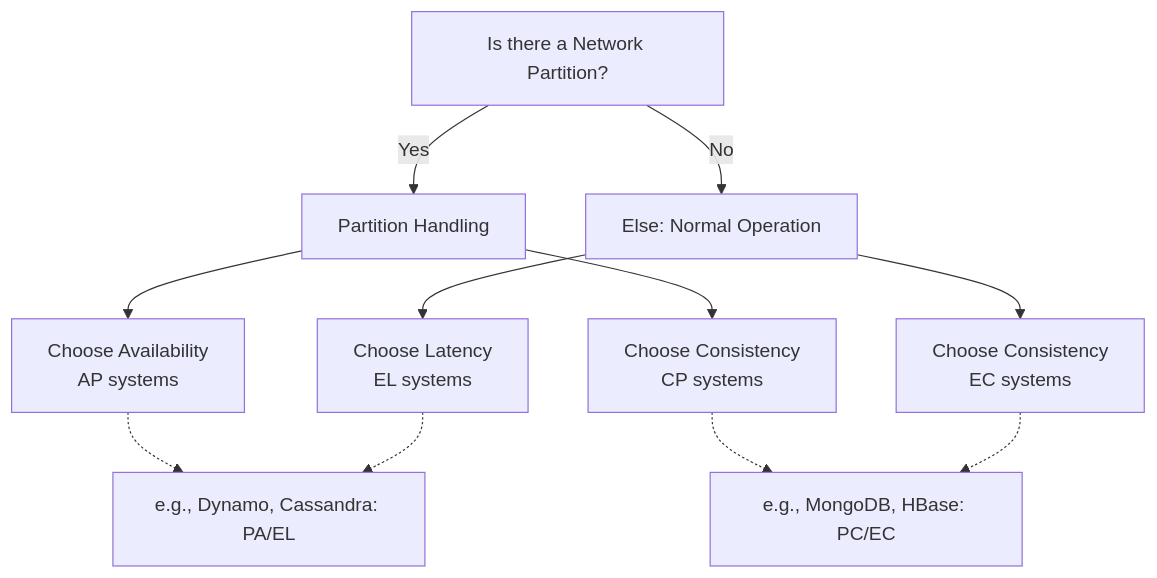
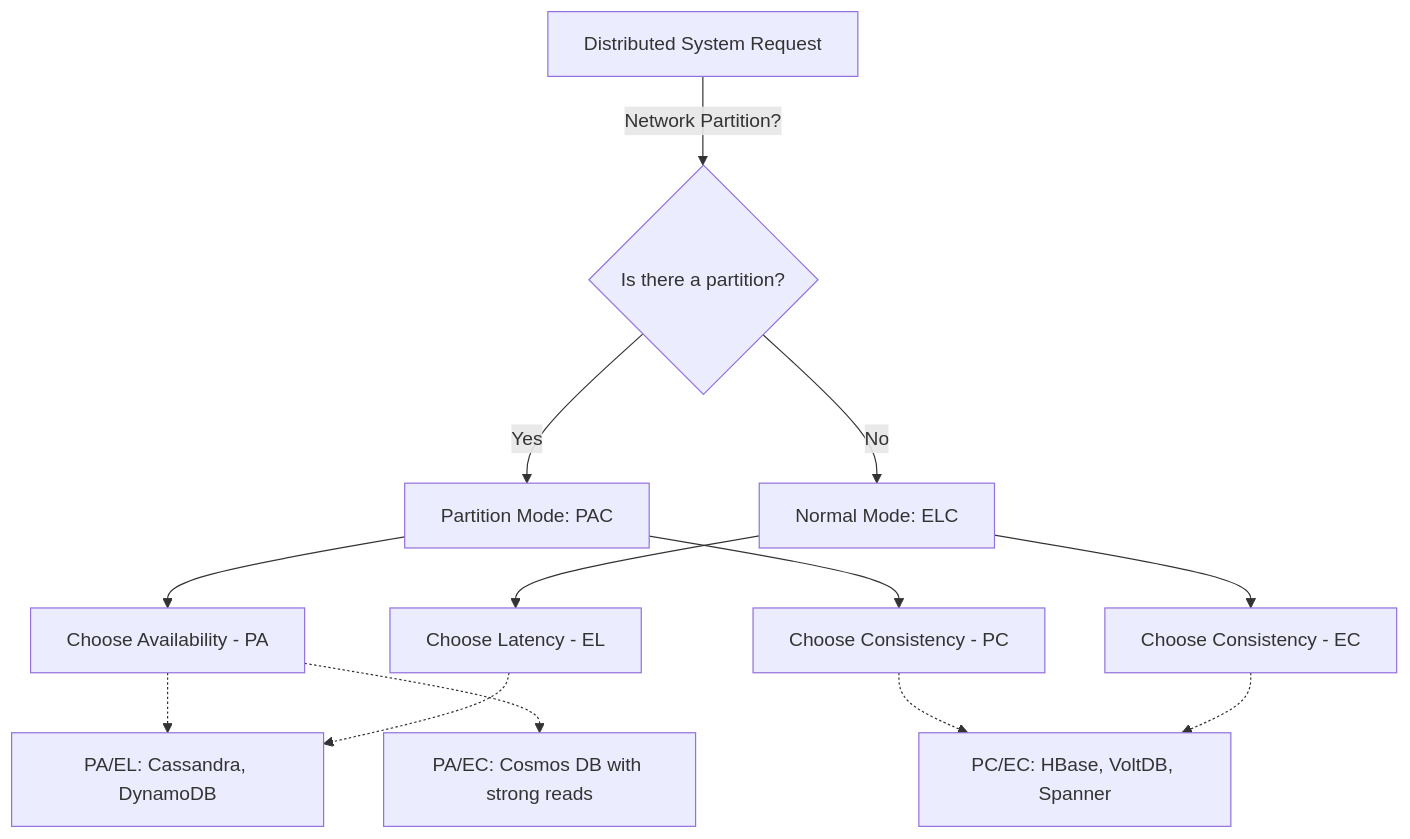
One commit to akshay-k-r/Interview-Prep-Resource changed the first of 2 diagrams in src/pages/02-hld/fundamentals/pacelc/index.mdx. Above: the diagram before and after it, drawn with Mermaid. The commit also changed other lines of this file and 179 other files, not shown here.

````diff
--- a/src/pages/02-hld/fundamentals/pacelc/index.mdx
+++ b/src/pages/02-hld/fundamentals/pacelc/index.mdx
@@ -29,18 +40,21 @@
 ```mermaid
 graph TD
-    Start[Is there a Network Partition?]
-    
-    Start -->|Yes| P[Partition Handling]
-    Start -->|No| E[Else: Normal Operation]
-    
-    P --> A[Choose Availability <br> AP systems]
-    P --> C1[Choose Consistency <br> CP systems]
-    
-    E --> L[Choose Latency <br> EL systems]
-    E --> C2[Choose Consistency <br> EC systems]
-    
-    A -.-> Dynamo[e.g., Dynamo, Cassandra: PA/EL]
-    C1 -.-> MongoDB[e.g., MongoDB, HBase: PC/EC]
-    L -.-> Dynamo
-    C2 -.-> MongoDB
+    Start["Distributed System Request"]
+
+    Start -->|Network Partition?| Check{Is there a partition?}
+
+    Check -->|Yes| P["Partition Mode: PAC"]
+    Check -->|No| E["Normal Mode: ELC"]
+
+    P --> A["Choose Availability - PA"]
+    P --> C1["Choose Consistency - PC"]
+
+    E --> L["Choose Latency - EL"]
+    E --> C2["Choose Consistency - EC"]
+
+    A -.-> PA_EL["PA/EL: Cassandra, DynamoDB"]
+    A -.-> PA_EC["PA/EC: Cosmos DB with strong reads"]
+    C1 -.-> PC_EC["PC/EC: HBase, VoltDB, Spanner"]
+    L -.-> PA_EL
+    C2 -.-> PC_EC
 ```
````
